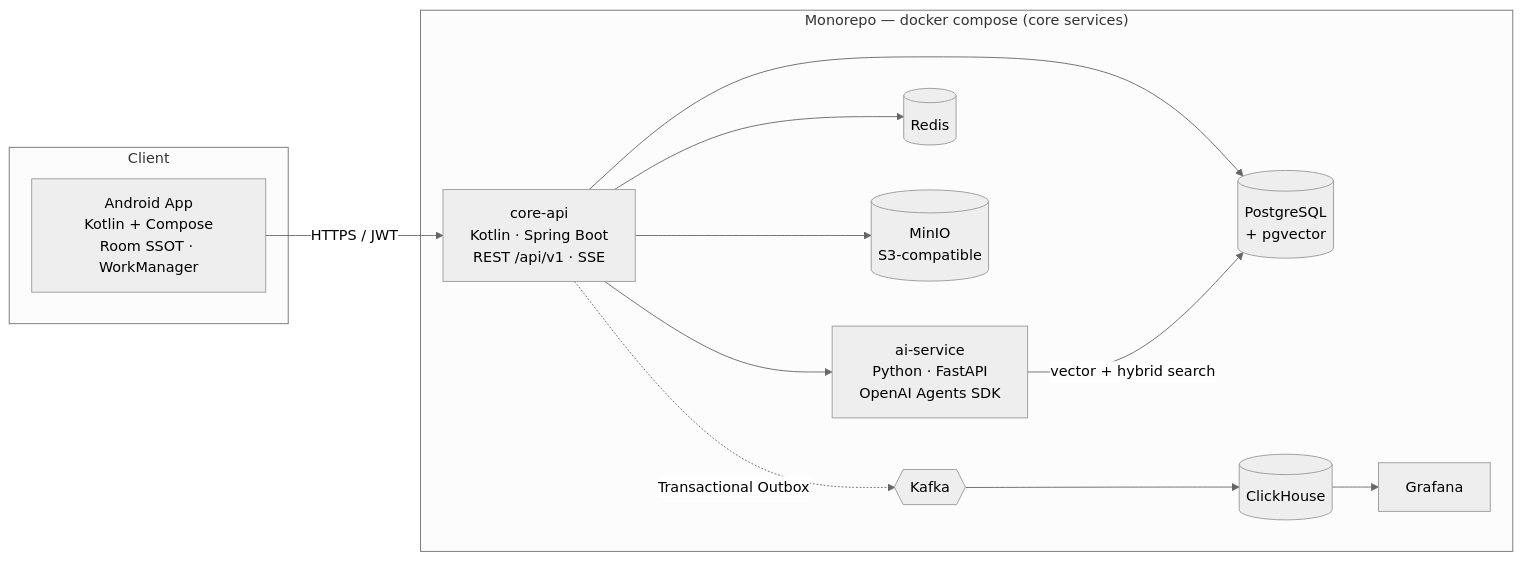
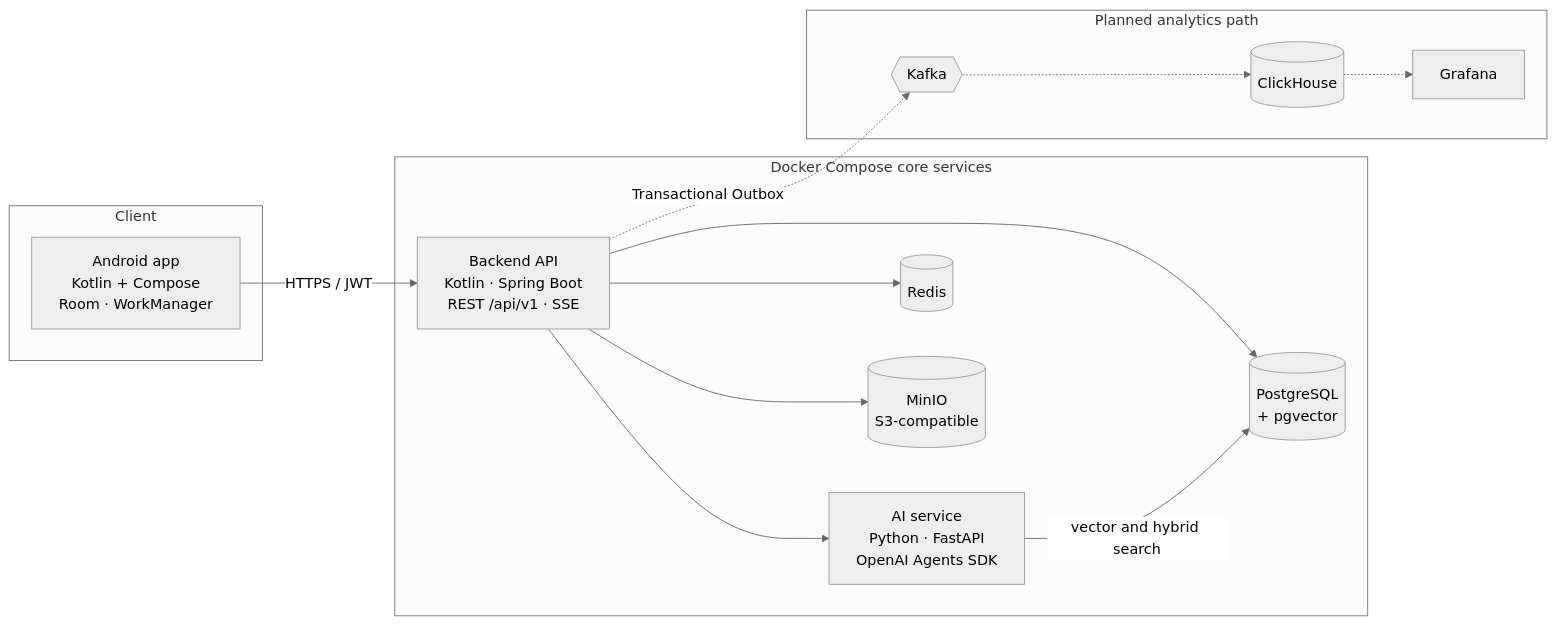
Before and after one commit to JasonTM17/CampusUTE_Kotlin_Project: the diagram in README.md, drawn with Mermaid (neutral theme). The commit also changed other lines of this file, not shown here.

````diff
--- a/README.md
+++ b/README.md
@@ -50,21 +38,23 @@
 ```mermaid
 flowchart LR
     subgraph Client
-        A["Android App<br/>Kotlin + Compose<br/>Room SSOT · WorkManager"]
+        A["Android app<br/>Kotlin + Compose<br/>Room · WorkManager"]
     end
-    subgraph Platform["Monorepo — docker compose (core services)"]
-        B["core-api<br/>Kotlin · Spring Boot<br/>REST /api/v1 · SSE"]
-        C["ai-service<br/>Python · FastAPI<br/>OpenAI Agents SDK"]
+    subgraph Platform["Docker Compose core services"]
+        B["Backend API<br/>Kotlin · Spring Boot<br/>REST /api/v1 · SSE"]
+        C["AI service<br/>Python · FastAPI<br/>OpenAI Agents SDK"]
         D[("PostgreSQL<br/>+ pgvector")]
         E[("Redis")]
         F[("MinIO<br/>S3-compatible")]
-        G{{Kafka}} --> H[("ClickHouse")] --> I[Grafana]
+    end
+    subgraph OptionalAnalytics["Planned analytics path"]
+        G{{Kafka}} -.-> H[("ClickHouse")] -.-> I[Grafana]
     end
     A -->|"HTTPS / JWT"| B
     B --> C
     B --> D
     B --> E
-    C -->|"vector + hybrid search"| D
+    C -->|"vector and hybrid search"| D
     B --> F
     B -.->|"Transactional Outbox"| G
 ```
````
